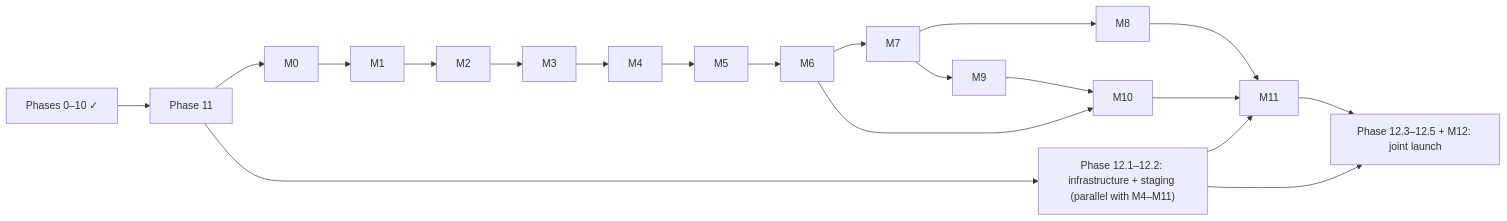
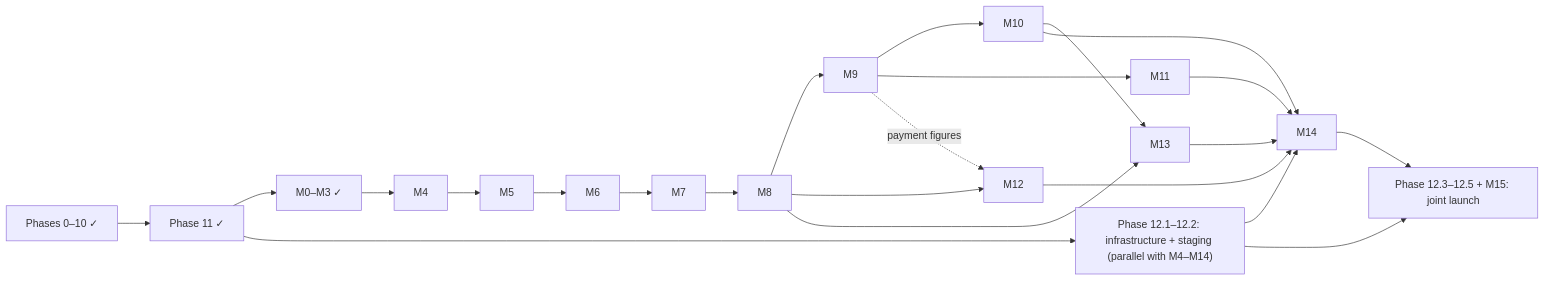
The diagram in docs/delivery/roadmap.md (mohamedmosilhy/Rivana-Residence), drawn with Mermaid before and after one commit. The commit also changed other lines of this file and 73 other files, not shown here.

````diff
--- a/docs/delivery/roadmap.md
+++ b/docs/delivery/roadmap.md
@@ -30,15 +30,19 @@
 ```mermaid
 flowchart LR
-  P0["Phases 0–10 ✓"] --> P11["Phase 11"]
-  P11 --> M0 --> M1 --> M2 --> M3 --> M4 --> M5 --> M6 --> M7
-  M7 --> M8
-  M7 --> M9
-  M6 --> M10
+  P0["Phases 0–10 ✓"] --> P11["Phase 11 ✓"]
+  P11 --> M0["M0–M3 ✓"] --> M4 --> M5 --> M6 --> M7 --> M8 --> M9
   M9 --> M10
-  M8 --> M11
-  M10 --> M11
-  P11 --> P12a["Phase 12.1–12.2: infrastructure + staging (parallel with M4–M11)"]
-  P12a --> M11
-  M11 --> L["Phase 12.3–12.5 + M12: joint launch"]
+  M9 --> M11
+  M8 --> M12
+  M9 -. payment figures .-> M12
+  M8 --> M13
+  M10 --> M13
+  M10 --> M14
+  M11 --> M14
+  M12 --> M14
+  M13 --> M14
+  P11 --> P12a["Phase 12.1–12.2: infrastructure + staging (parallel with M4–M14)"]
+  P12a --> M14
+  M14 --> L["Phase 12.3–12.5 + M15: joint launch"]
   P12a --> L
 ```
````
